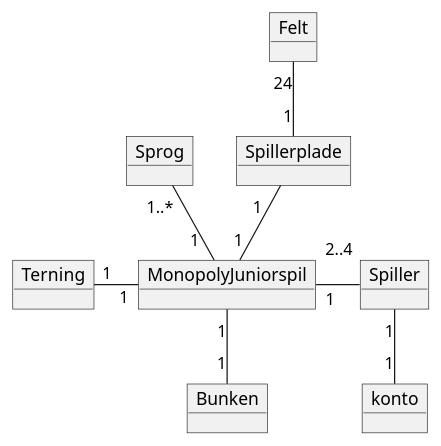
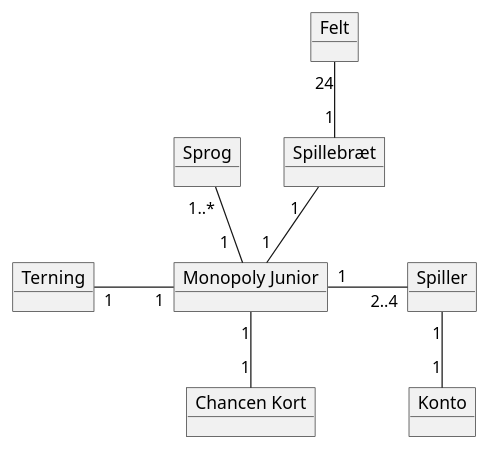
The diagram in diagrams/DM_Diagram.puml (Greve2001/CDIO3), drawn with PlantUML before and after one commit.

Commit message:
refactor of diagram

```diff
--- a/diagrams/DM_Diagram.puml
+++ b/diagrams/DM_Diagram.puml
@@ -1,22 +1,21 @@
 @startuml
 'https://plantuml.com/object-diagram
 
 object Spiller
 object Terning
 object Sprog
-object MonopolyJuniorspil
-object konto
-object Spillerplade
+object "Monopoly Junior" as game
+object Konto
+object "Spillebræt" as board
 object Felt
-object Bunken
+object "Chancen Kort" as chance
 
-Bunken "1" -up- "1" MonopolyJuniorspil
-Sprog "1..*" --"1  " MonopolyJuniorspil
-Felt "24" -- "1" Spillerplade
-Spillerplade "1   " -down- "1" MonopolyJuniorspil
-Spiller "1" -- "1" konto
-Spiller "1     " -left- "2..4            " MonopolyJuniorspil
-Terning "1    " -right- "    1" MonopolyJuniorspil
-
+chance          "1"         -up-        "1"                 game
+Sprog           "1..*"      --          "1  "               game
+Felt            "24"        --          "1"                 board
+board           "1   "      -down-      "1"                 game
+Spiller         "1"         --          "1"                 Konto
+Spiller         "2..4"      -left-      "1"                 game    : \t
+Terning         "1    "     -right-     "    1"             game    : \t
 
 @enduml
```
